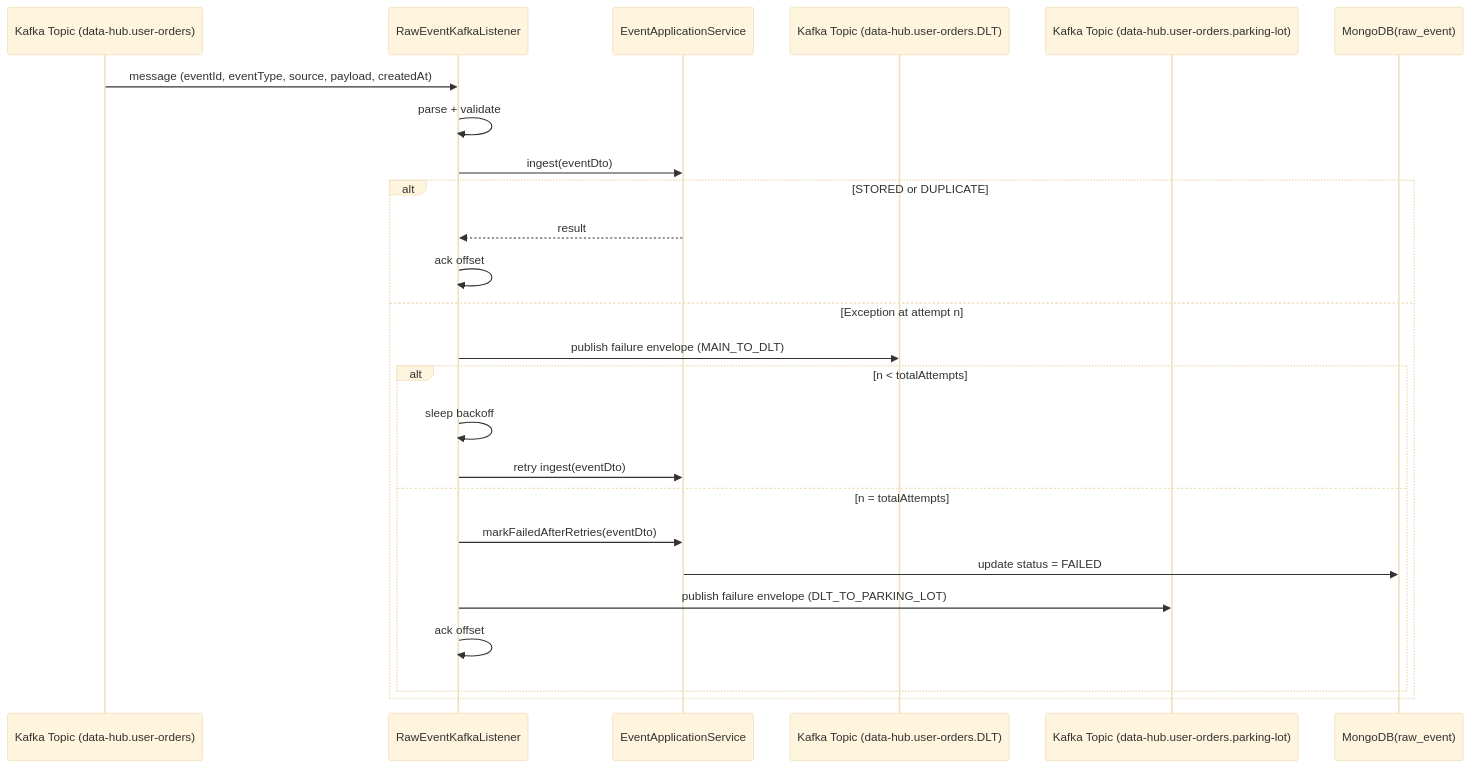
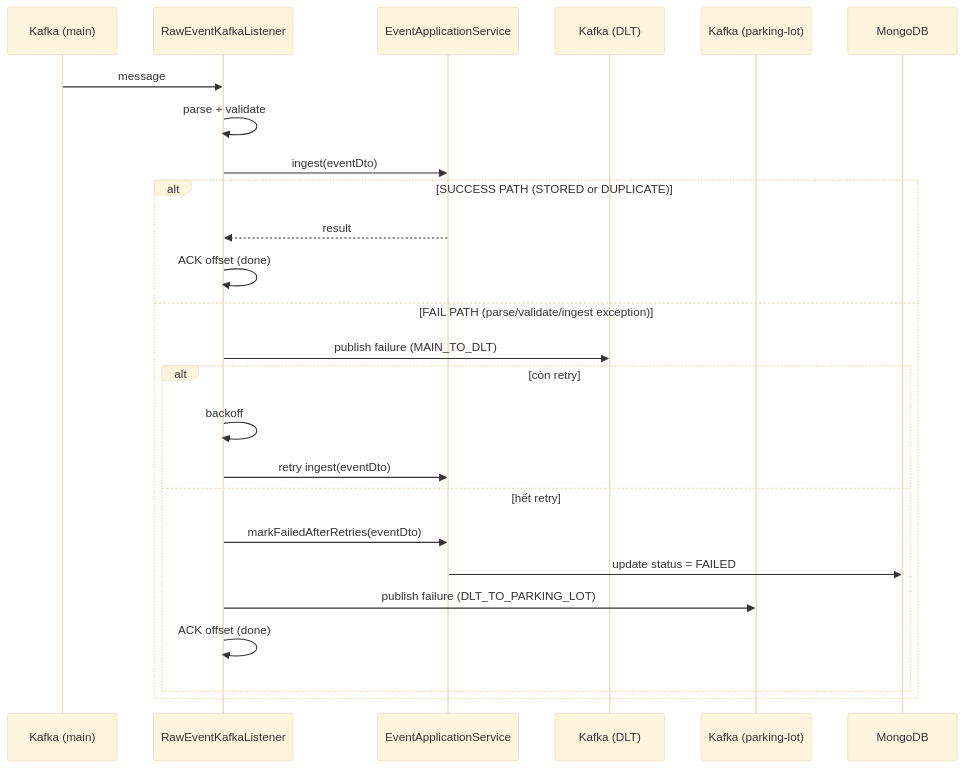
One commit to nguyentrongvy151995/data-hub changed the third of 3 diagrams in README.md. Above: the diagram before and after it, drawn with Mermaid (base theme).

````diff
--- a/README.md
+++ b/README.md
@@ -87,30 +87,30 @@
 ```mermaid
 sequenceDiagram
-    participant K as Kafka Topic (data-hub.user-orders)
+    participant K as Kafka (main)
     participant L as RawEventKafkaListener
     participant S as EventApplicationService
-    participant D as Kafka Topic (data-hub.user-orders.DLT)
-    participant PK as Kafka Topic (data-hub.user-orders.parking-lot)
-    participant DB as MongoDB(raw_event)
+    participant D as Kafka (DLT)
+    participant P as Kafka (parking-lot)
+    participant DB as MongoDB
 
-    K->>L: message (eventId, eventType, source, payload, createdAt)
+    K->>L: message
     L->>L: parse + validate
     L->>S: ingest(eventDto)
 
-    alt STORED or DUPLICATE
+    alt SUCCESS PATH (STORED or DUPLICATE)
         S-->>L: result
-        L->>L: ack offset
-    else Exception at attempt n
-        L->>D: publish failure envelope (MAIN_TO_DLT)
-
-        alt n < totalAttempts
-            L->>L: sleep backoff
+        L->>L: ACK offset (done)
+    else FAIL PATH (parse/validate/ingest exception)
+        L->>D: publish failure (MAIN_TO_DLT)
+        alt còn retry
+            L->>L: backoff
             L->>S: retry ingest(eventDto)
-        else n = totalAttempts
+        else hết retry
             L->>S: markFailedAfterRetries(eventDto)
             S->>DB: update status = FAILED
-            L->>PK: publish failure envelope (DLT_TO_PARKING_LOT)
-            L->>L: ack offset
+            L->>P: publish failure (DLT_TO_PARKING_LOT)
+            L->>L: ACK offset (done)
         end
     end
+
 ```
````
